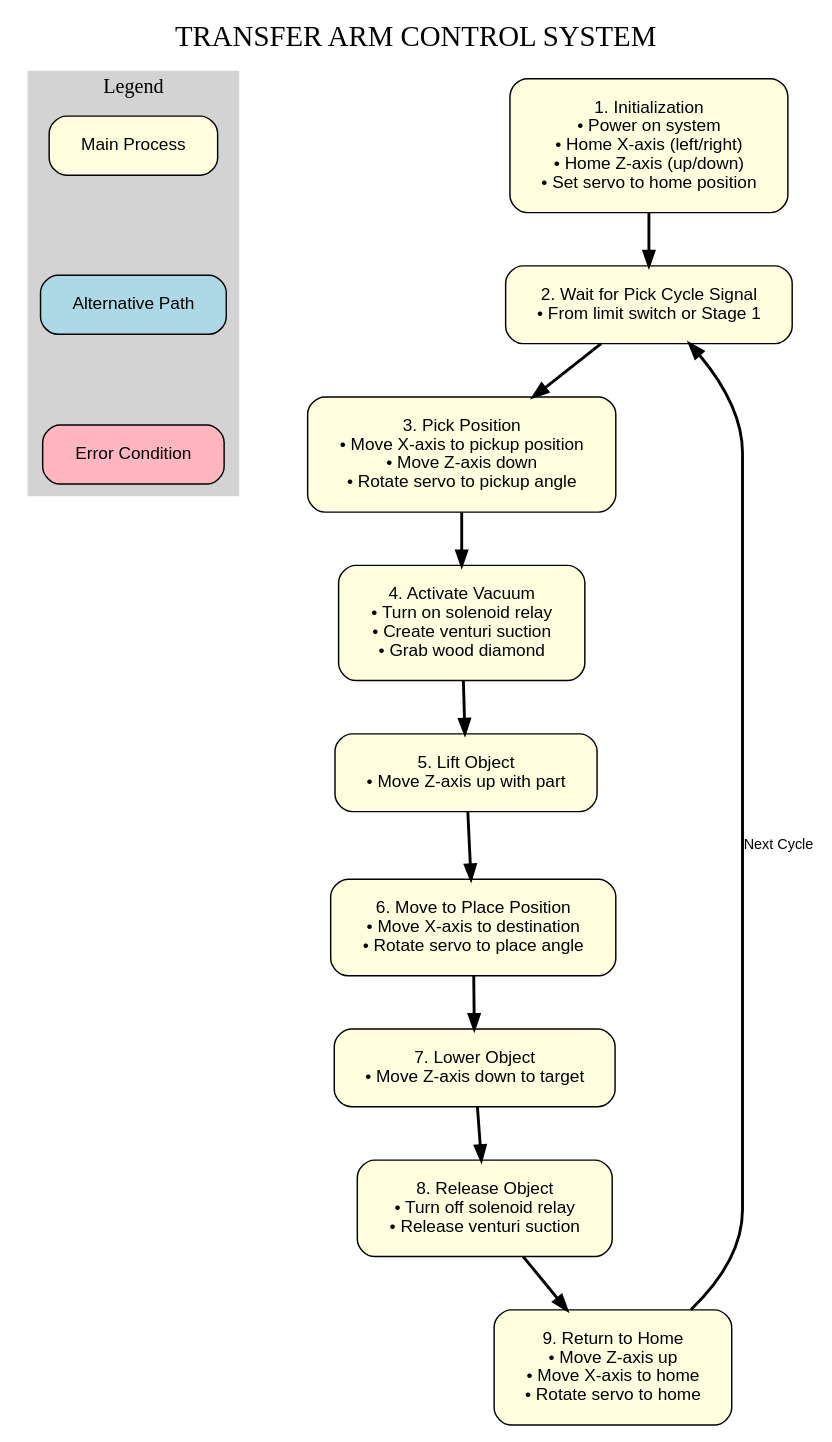
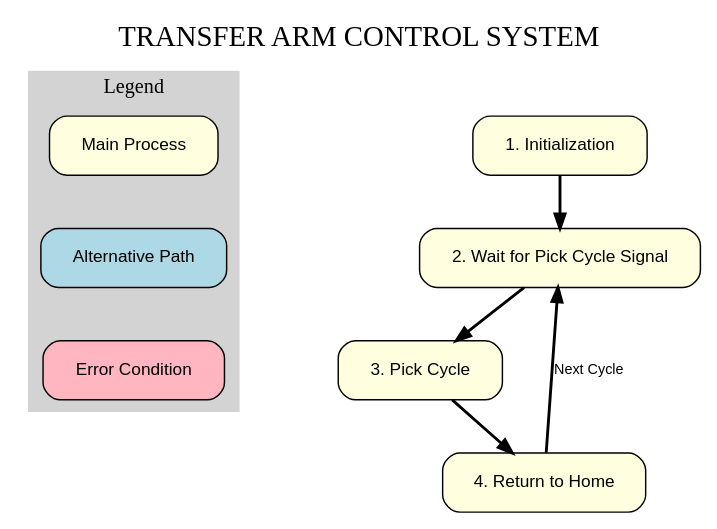
Before and after one commit to akivaweil/Transfer-Arm-TA-Mar25: the diagram in flowchart.dot, drawn with Graphviz. The commit also changed 3 other files, not shown here.

Commit message:
Simplified flowcharts to basic steps only

```diff
--- a/flowchart.dot
+++ b/flowchart.dot
@@ -1,57 +1,39 @@
 digraph "Transfer_Arm_Flow" {
     // Graph settings
     graph [fontname="Arial", ranksep=0.5, nodesep=0.8, splines=true];
     node [fontname="Arial", fontsize=12, style="filled,rounded", shape=box, margin="0.3,0.2"];
     edge [fontname="Arial", fontsize=10, penwidth=2];
     
     // Title
     labelloc="t";
     label="TRANSFER ARM CONTROL SYSTEM";
     fontsize=20;
     fontname="Arial Bold";
     
     // Legend
     subgraph cluster_legend {
         label="Legend";
         style=filled;
         color=lightgrey;
         fontsize=14;
         
         legend_main [label="Main Process", fillcolor=lightyellow];
         legend_alt [label="Alternative Path", fillcolor=lightblue];
         legend_error [label="Error Condition", fillcolor=lightpink];
         
         legend_main -> legend_alt [style=invis];
         legend_alt -> legend_error [style=invis];
     }
 
     // Nodes
-    start [label="1. Initialization\n• Power on system\n• Home X-axis (left/right)\n• Home Z-axis (up/down)\n• Set servo to home position", fillcolor=lightyellow];
-    
-    wait_pickup [label="2. Wait for Pick Cycle Signal\n• From limit switch or Stage 1", fillcolor=lightyellow];
-    
-    position_pickup [label="3. Pick Position\n• Move X-axis to pickup position\n• Move Z-axis down\n• Rotate servo to pickup angle", fillcolor=lightyellow];
-    
-    activate_vacuum [label="4. Activate Vacuum\n• Turn on solenoid relay\n• Create venturi suction\n• Grab wood diamond", fillcolor=lightyellow];
-    
-    lift_object [label="5. Lift Object\n• Move Z-axis up with part", fillcolor=lightyellow];
-    
-    move_to_place [label="6. Move to Place Position\n• Move X-axis to destination\n• Rotate servo to place angle", fillcolor=lightyellow];
-    
-    lower_object [label="7. Lower Object\n• Move Z-axis down to target", fillcolor=lightyellow];
-    
-    release_object [label="8. Release Object\n• Turn off solenoid relay\n• Release venturi suction", fillcolor=lightyellow];
-    
-    return_home [label="9. Return to Home\n• Move Z-axis up\n• Move X-axis to home\n• Rotate servo to home", fillcolor=lightyellow];
+    start [label="1. Initialization", fillcolor=lightyellow];
+    wait_pickup [label="2. Wait for Pick Cycle Signal", fillcolor=lightyellow];
+    pick_cycle [label="3. Pick Cycle", fillcolor=lightyellow];
+    return_home [label="4. Return to Home", fillcolor=lightyellow];
     
     // Edges
     start -> wait_pickup;
-    wait_pickup -> position_pickup;
-    position_pickup -> activate_vacuum;
-    activate_vacuum -> lift_object;
-    lift_object -> move_to_place;
-    move_to_place -> lower_object;
-    lower_object -> release_object;
-    release_object -> return_home;
+    wait_pickup -> pick_cycle;
+    pick_cycle -> return_home;
     return_home -> wait_pickup [label="Next Cycle"];
 } 
```
